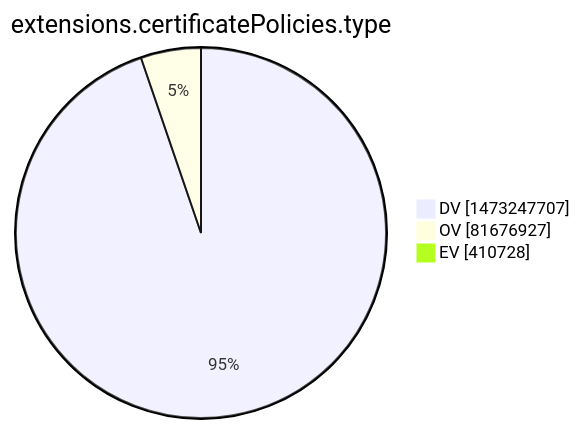
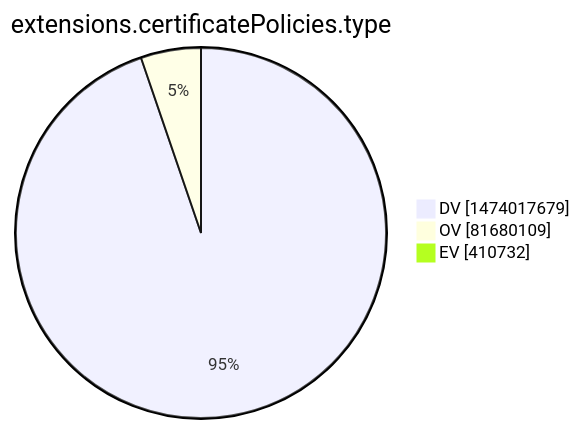
Before and after one commit to christiankrug/ctmonitor_visualization: the tenth of 15 diagrams in xenon2022/README.md, drawn with Mermaid. The commit also changed other lines of this file, not shown here.

````diff
--- a/xenon2022/README.md
+++ b/xenon2022/README.md
@@ -2872,7 +2872,7 @@
 ```mermaid
 pie showData
 title extensions.certificatePolicies.type
-"DV" :1473247707
-"OV" :81676927
-"EV" :410728
+"DV" :1474017679
+"OV" :81680109
+"EV" :410732
 ```
````
